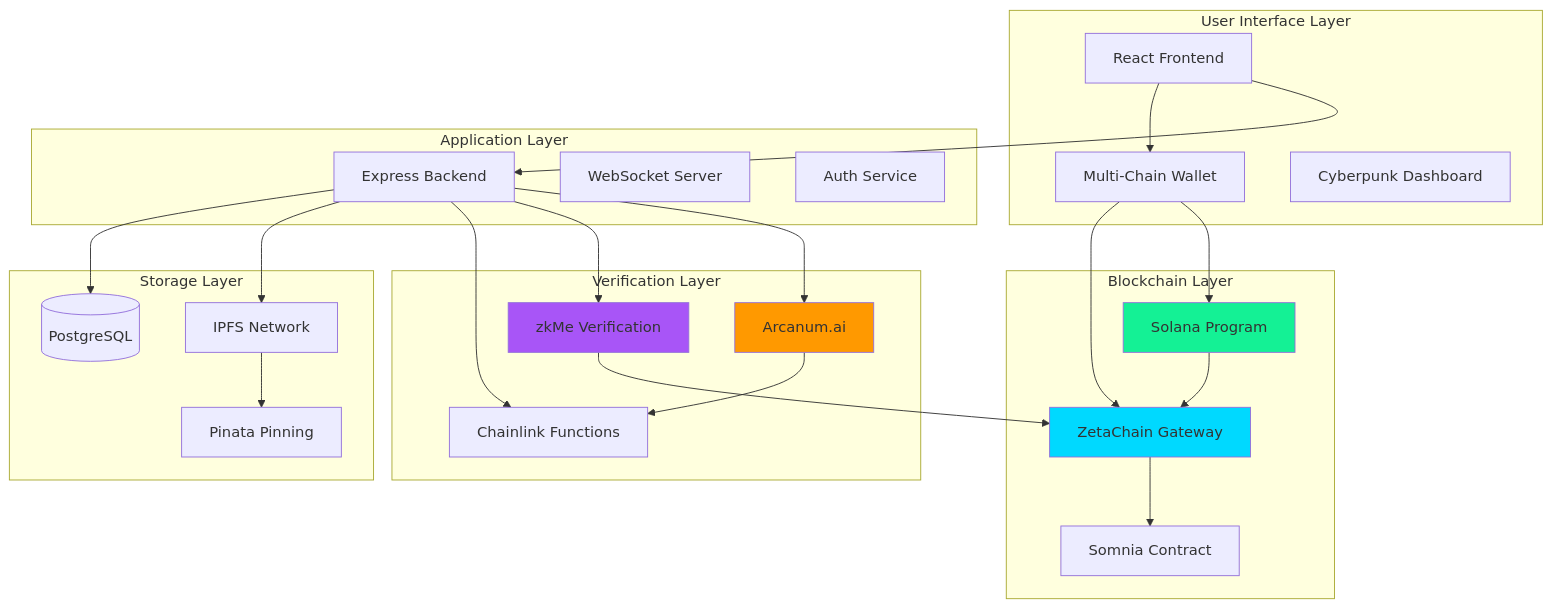
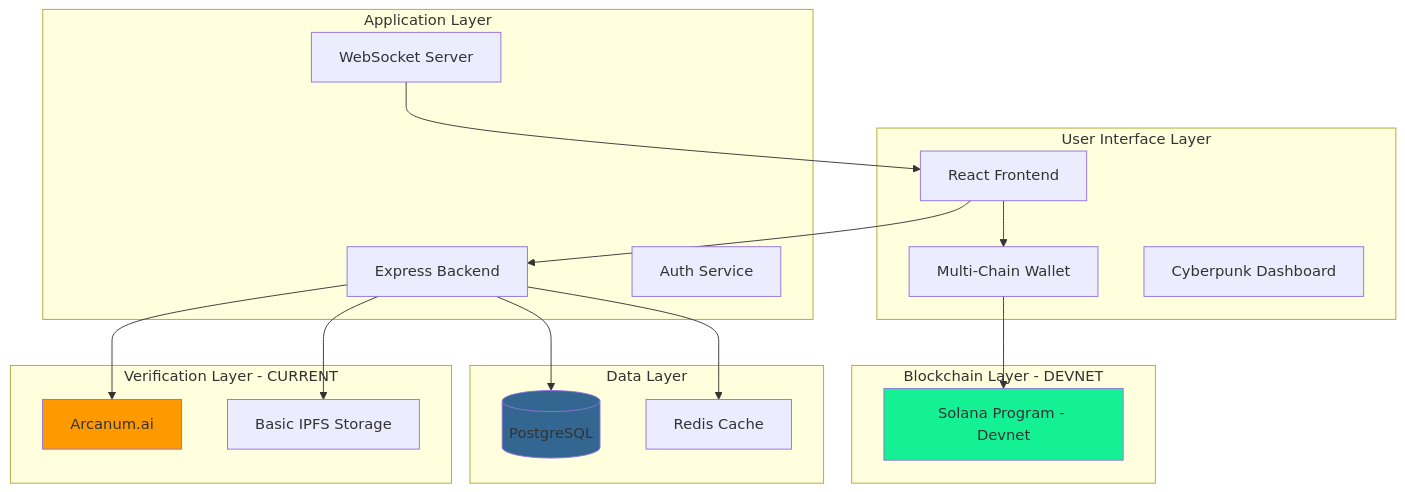
Before and after one commit to De-real-iManuel/aetherlock-docs: the first of 14 diagrams in technical-architecture.mdx, drawn with Mermaid. The commit also changed other lines of this file and 144 other files, not shown here.

````diff
--- a/technical-architecture.mdx
+++ b/technical-architecture.mdx
@@ -12,55 +26,43 @@
 ```mermaid
 graph TB
     subgraph "User Interface Layer"
         UI[React Frontend]
         Wallet[Multi-Chain Wallet]
         Dashboard[Cyberpunk Dashboard]
     end
     
     subgraph "Application Layer"
         API[Express Backend]
         WS[WebSocket Server]
         Auth[Auth Service]
     end
     
-    subgraph "Verification Layer"
+    subgraph "Verification Layer - CURRENT"
         AI[Arcanum.ai]
-        KYC[zkMe Verification]
-        Oracle[Chainlink Functions]
+        IPFS_BASIC[Basic IPFS Storage]
     end
     
-    subgraph "Blockchain Layer"
-        Solana[Solana Program]
-        Zeta[ZetaChain Gateway]
-        Somnia[Somnia Contract]
+    subgraph "Blockchain Layer - DEVNET"
+        Solana[Solana Program - Devnet]
     end
     
-    subgraph "Storage Layer"
-        IPFS[IPFS Network]
-        Pinata[Pinata Pinning]
+    subgraph "Data Layer"
         DB[(PostgreSQL)]
+        Redis[Redis Cache]
     end
     
     UI --> API
     UI --> Wallet
     Wallet --> Solana
-    Wallet --> Zeta
     
     API --> AI
-    API --> KYC
-    API --> Oracle
-    API --> IPFS
+    API --> IPFS_BASIC
     API --> DB
+    API --> Redis
     
-    Solana --> Zeta
-    Zeta --> Somnia
-    
-    AI --> Oracle
-    KYC --> Zeta
-    IPFS --> Pinata
+    WS --> UI
     
     style AI fill:#FF9900
-    style KYC fill:#A855F7
     style Solana fill:#14F195
-    style Zeta fill:#00D9FF
+    style DB fill:#336791
 ```
````
